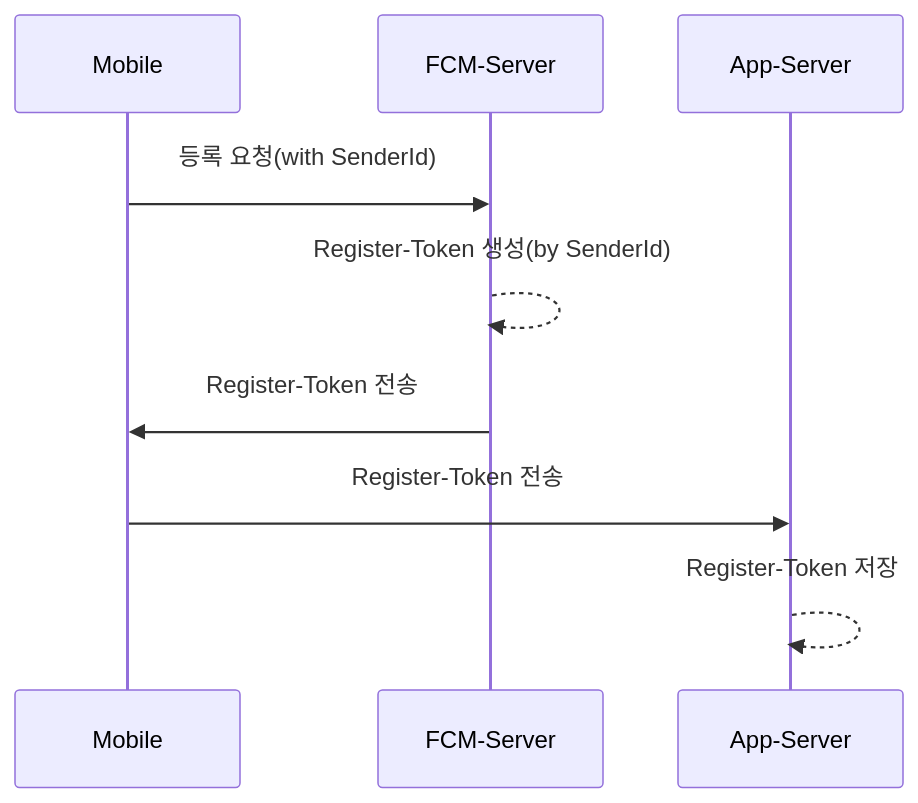
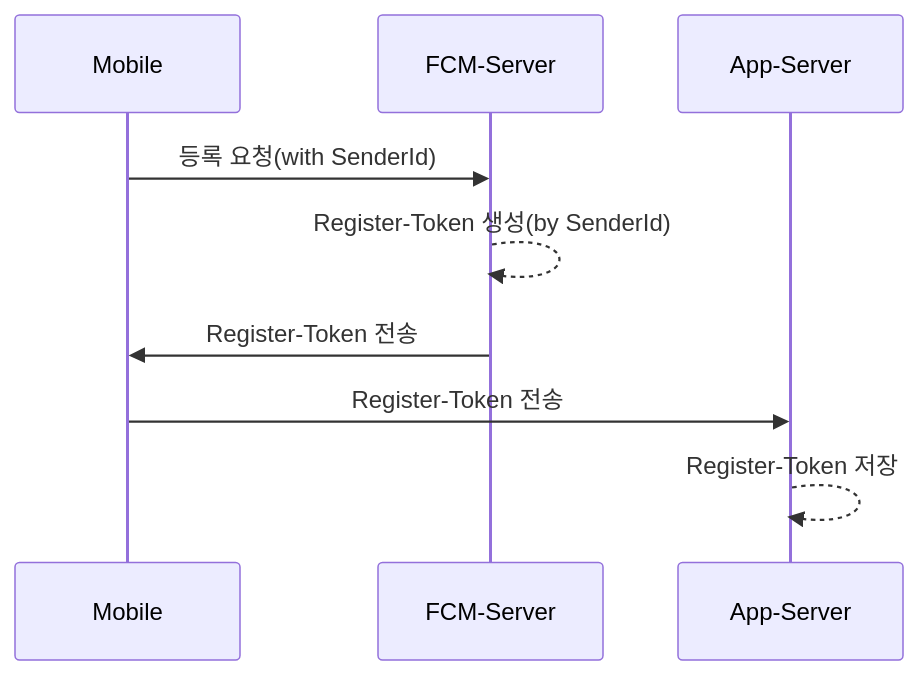
Before and after one commit to JiminiDaddy/JiminiDaddy.github.io: the first of 2 diagrams in _posts/dev/push/2021-05-19-dev-push-fcm-개요.md, drawn with Mermaid. The commit also changed other lines of this file, not shown here.

Commit message:
docs: mermaid contents 개행 수정 개행할 때 ; 문자 추가해야된다고해서 수정함

```diff
--- a/_posts/dev/push/2021-05-19-dev-push-fcm-개요.md
+++ b/_posts/dev/push/2021-05-19-dev-push-fcm-개요.md
@@ -41,8 +41,8 @@
 <div class="mermaid"> 
 sequenceDiagram;  
-    Mobile ->> FCM-Server: 등록 요청(with SenderId)<br>
-    FCM-Server -->> FCM-Server: Register-Token 생성(by SenderId)<br>
-    FCM-Server ->> Mobile: Register-Token 전송<br>
-    Mobile ->> App-Server: Register-Token 전송<br>
-    App-Server -->> App-Server: Register-Token 저장<br>
+    Mobile ->> FCM-Server: 등록 요청(with SenderId);
+    FCM-Server -->> FCM-Server: Register-Token 생성(by SenderId);
+    FCM-Server ->> Mobile: Register-Token 전송;
+    Mobile ->> App-Server: Register-Token 전송;
+    App-Server -->> App-Server: Register-Token 저장;
 </div>
```
